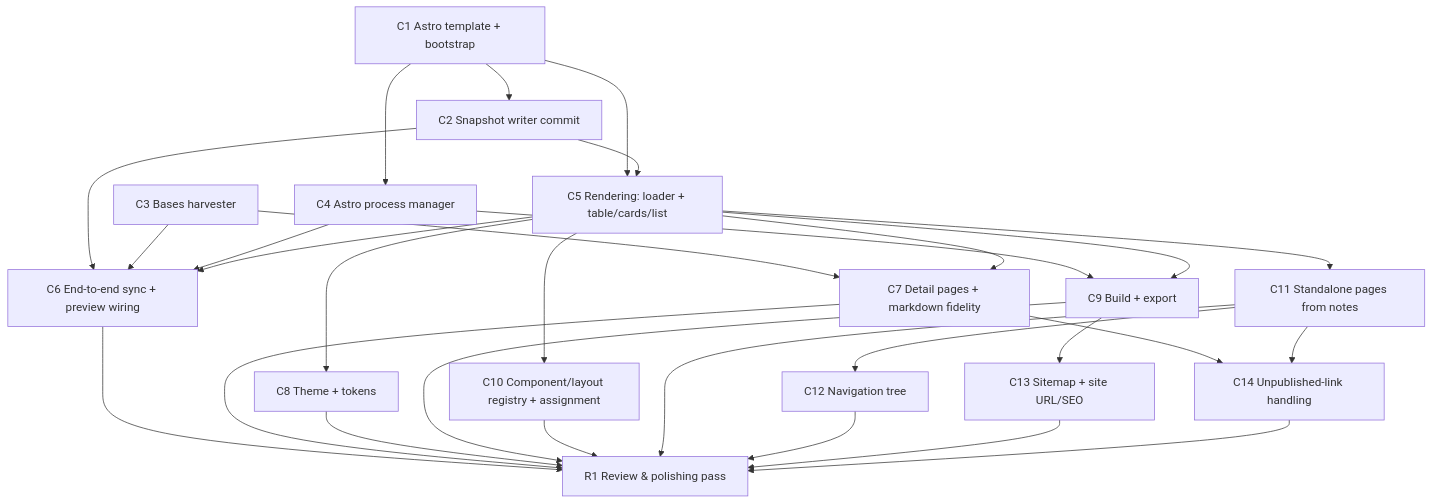
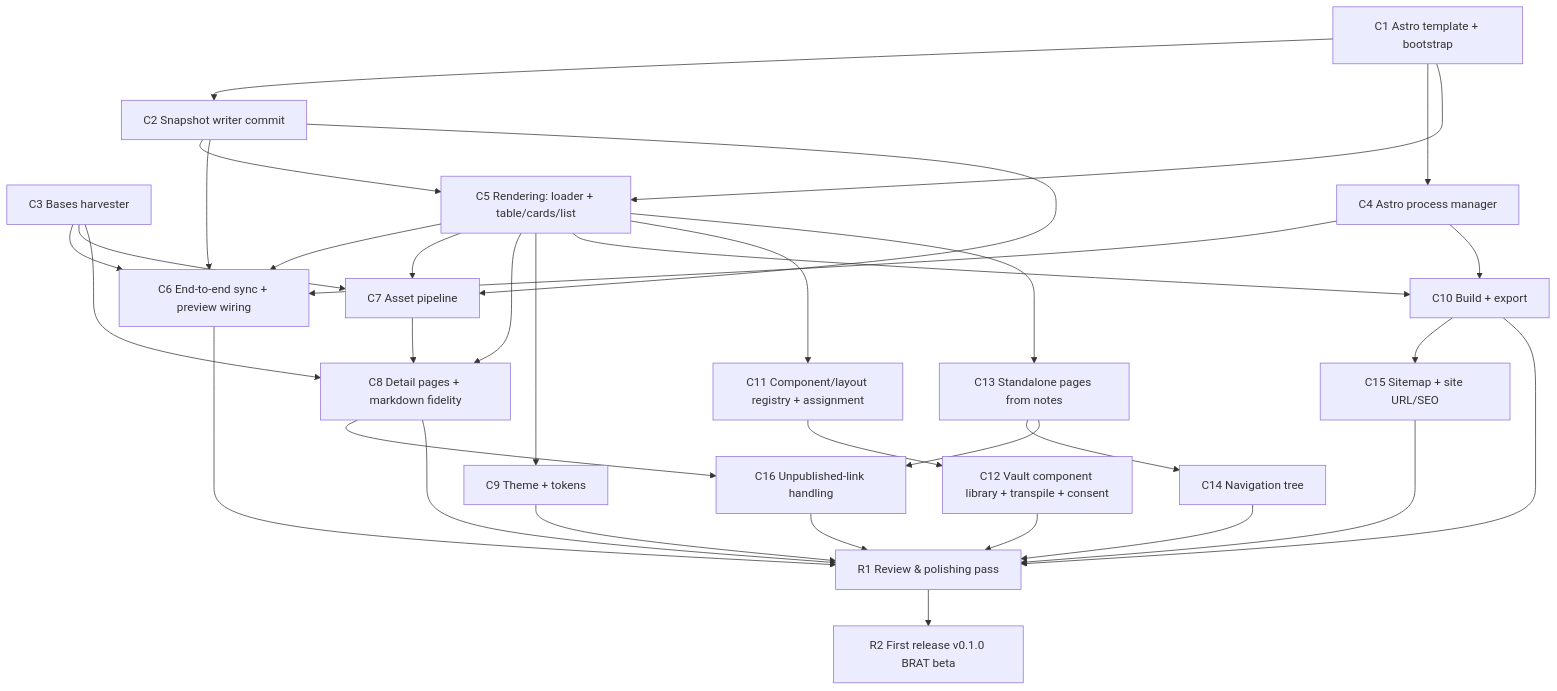
One commit to Luis85/specorator-astro changed the diagram in docs/IMPLEMENTATION_PLAN.md. Above: the diagram before and after it, drawn with Mermaid. The commit also changed other lines of this file, not shown here.

First line of the commit message:
docs: harden implementation plan and drive it to a first release

````diff
--- a/docs/IMPLEMENTATION_PLAN.md
+++ b/docs/IMPLEMENTATION_PLAN.md
@@ -81,47 +125,55 @@
 ```mermaid
 graph TD
   C1[C1 Astro template + bootstrap]
   C2[C2 Snapshot writer commit]
   C3[C3 Bases harvester]
   C4[C4 Astro process manager]
   C5[C5 Rendering: loader + table/cards/list]
   C6[C6 End-to-end sync + preview wiring]
-  C7[C7 Detail pages + markdown fidelity]
-  C8[C8 Theme + tokens]
-  C9[C9 Build + export]
-  C10[C10 Component/layout registry + assignment]
-  C11[C11 Standalone pages from notes]
-  C12[C12 Navigation tree]
-  C13[C13 Sitemap + site URL/SEO]
-  C14[C14 Unpublished-link handling]
+  C7[C7 Asset pipeline]
+  C8[C8 Detail pages + markdown fidelity]
+  C9[C9 Theme + tokens]
+  C10[C10 Build + export]
+  C11[C11 Component/layout registry + assignment]
+  C12[C12 Vault component library + transpile + consent]
+  C13[C13 Standalone pages from notes]
+  C14[C14 Navigation tree]
+  C15[C15 Sitemap + site URL/SEO]
+  C16[C16 Unpublished-link handling]
   R1[R1 Review & polishing pass]
+  R2[R2 First release v0.1.0 BRAT beta]
 
   C1 --> C2
   C1 --> C4
   C1 --> C5
   C2 --> C5
   C2 --> C6
   C3 --> C6
   C4 --> C6
   C5 --> C6
+  C2 --> C7
   C3 --> C7
   C5 --> C7
+  C3 --> C8
   C5 --> C8
-  C4 --> C9
+  C7 --> C8
   C5 --> C9
+  C4 --> C10
   C5 --> C10
   C5 --> C11
   C11 --> C12
-  C9 --> C13
-  C7 --> C14
-  C11 --> C14
+  C5 --> C13
+  C13 --> C14
+  C10 --> C15
+  C8 --> C16
+  C13 --> C16
   C6 --> R1
-  C7 --> R1
   C8 --> R1
   C9 --> R1
   C10 --> R1
-  C11 --> R1
   C12 --> R1
-  C13 --> R1
   C14 --> R1
+  C15 --> R1
+  C16 --> R1
+  R1 --> R2
 ```
````
